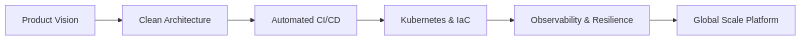
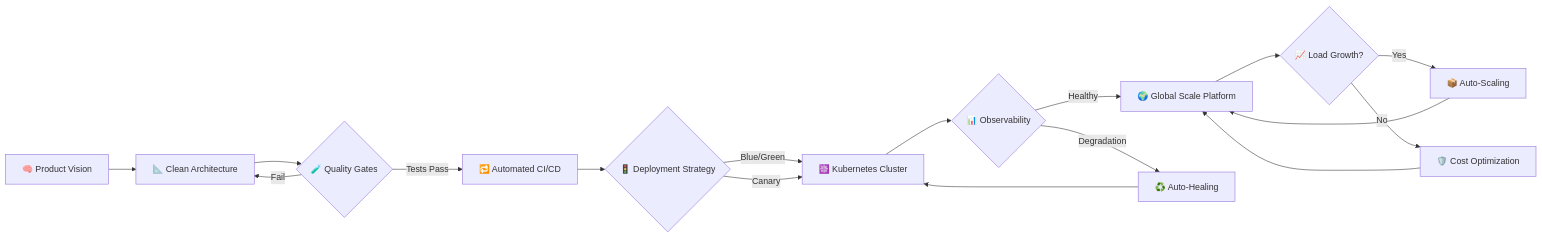
Before and after one commit to 4bsolut/4bsolut: the diagram in README.md, drawn with Mermaid.

Commit message:
Update flowchart in README with new structure and icons

```diff
--- a/README.md
+++ b/README.md
@@ -36,8 +36,26 @@
 ~~~mermaid
-graph LR
-    A[Product Vision] --> B[Clean Architecture]
-    B --> C[Automated CI/CD]
-    C --> D[Kubernetes & IaC]
-    D --> E[Observability & Resilience]
-    E --> F[Global Scale Platform]
+flowchart LR
+    A[🧠 Product Vision] --> B[📐 Clean Architecture]
+    
+    B --> C{🧪 Quality Gates}
+    C -->|Tests Pass| D[🔁 Automated CI/CD]
+    C -->|Fail| B
+    
+    D --> E{🚦 Deployment Strategy}
+    E -->|Blue/Green| F[☸️ Kubernetes Cluster]
+    E -->|Canary| F
+    
+    F --> G{📊 Observability}
+    G -->|Healthy| H[🌍 Global Scale Platform]
+    G -->|Degradation| I[♻️ Auto-Healing]
+    
+    I --> F
+    
+    H --> J{📈 Load Growth?}
+    J -->|Yes| K[📦 Auto-Scaling]
+    J -->|No| L[🛡️ Cost Optimization]
+    
+    K --> H
+    L --> H
+
 ~~~
```
